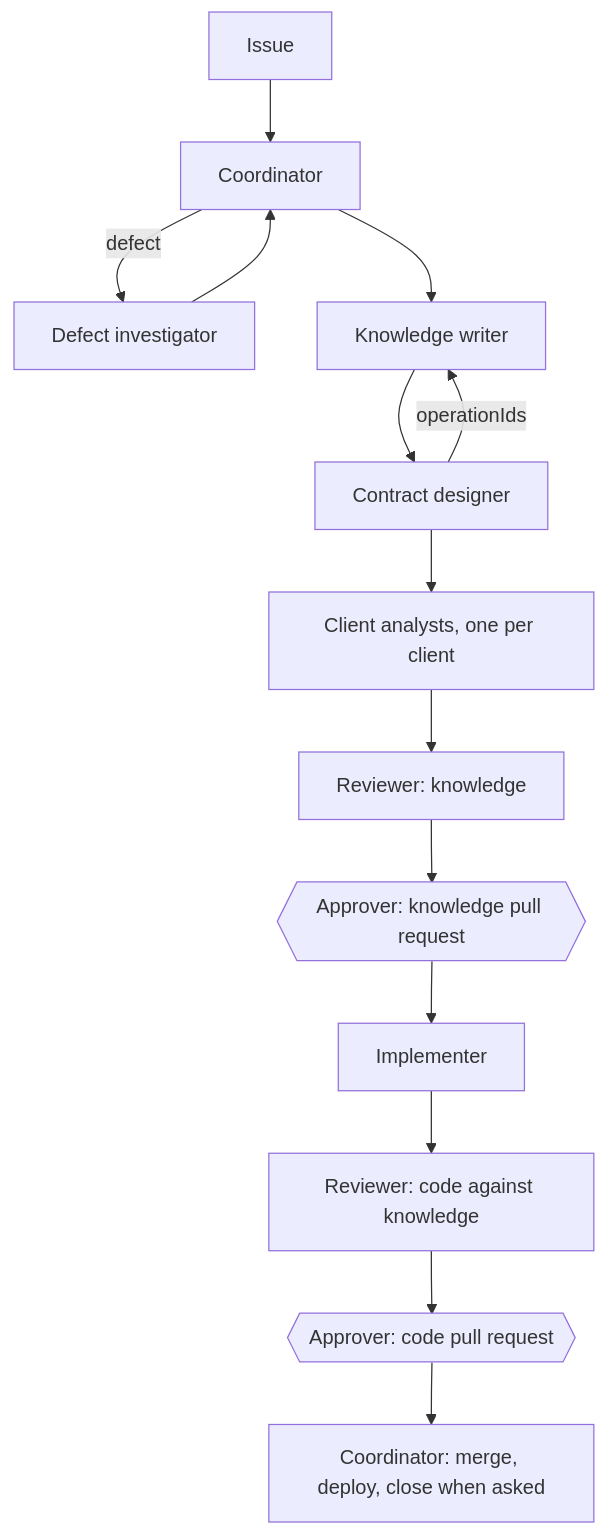
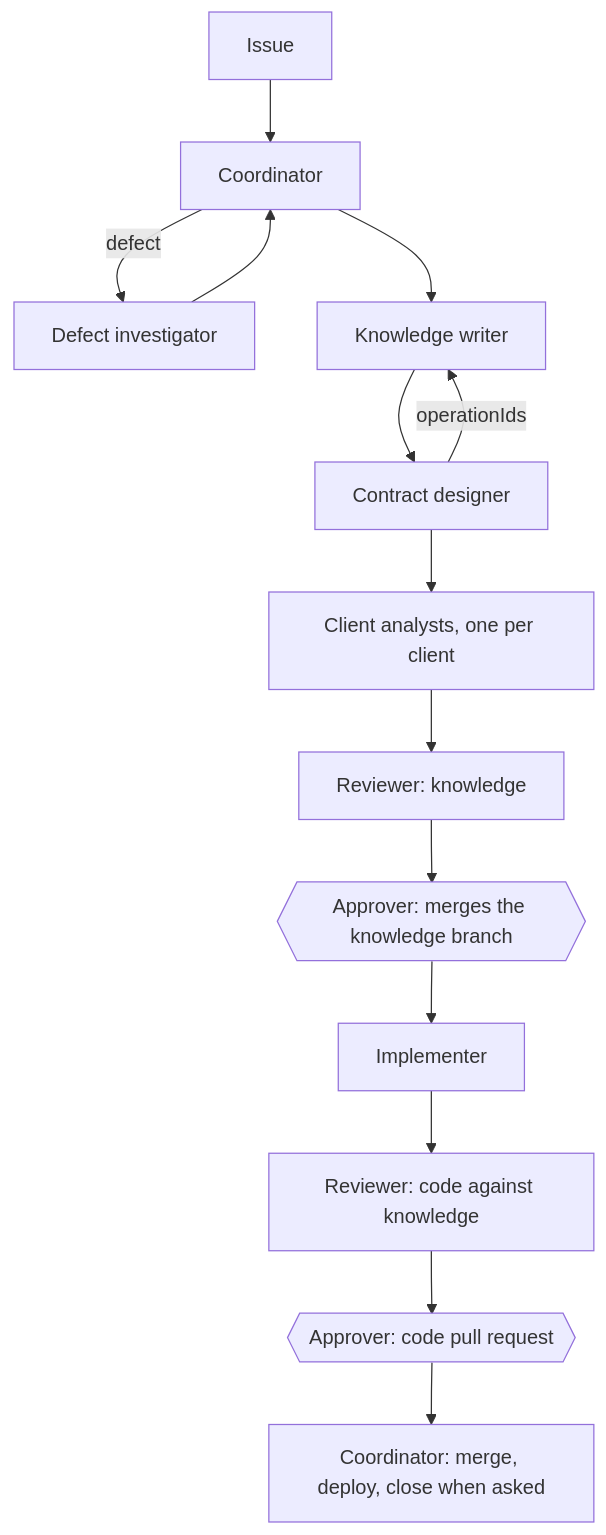
One commit to hieutran21198/Artifact-Driven-Framework changed the diagram in docs/artifact-driven/team.md. Above: the diagram before and after it, drawn with Mermaid. The commit also changed other lines of this file and 35 other files, not shown here.

````diff
--- a/docs/artifact-driven/team.md
+++ b/docs/artifact-driven/team.md
@@ -24,16 +24,16 @@
 ```mermaid
 flowchart TB
     issue[Issue] --> coordinator[Coordinator]
     coordinator -- defect --> investigator[Defect investigator]
     investigator --> coordinator
     coordinator --> writer[Knowledge writer]
     writer --> designer[Contract designer]
     designer -- operationIds --> writer
     designer --> analysts[Client analysts, one per client]
     analysts --> review_k[Reviewer: knowledge]
-    review_k --> approve_k{{Approver: knowledge pull request}}
+    review_k --> approve_k{{Approver: merges the knowledge branch}}
     approve_k --> implementer[Implementer]
     implementer --> review_c[Reviewer: code against knowledge]
     review_c --> approve_c{{Approver: code pull request}}
     approve_c --> coordinator_done[Coordinator: merge, deploy, close when asked]
 ```
````
